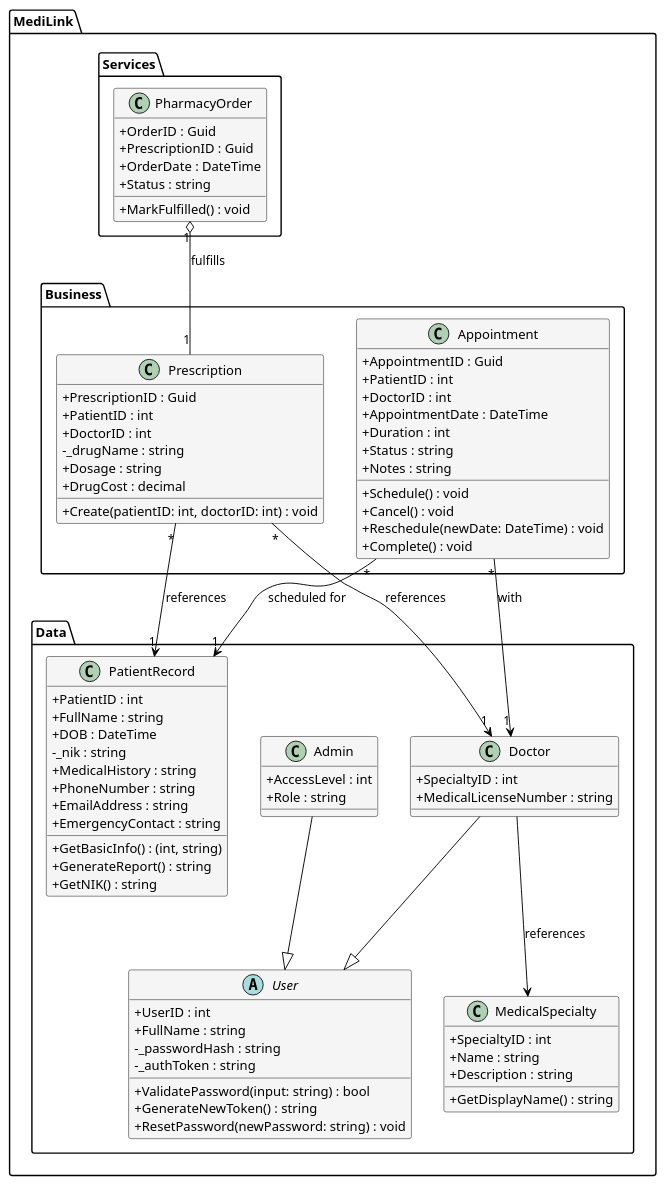
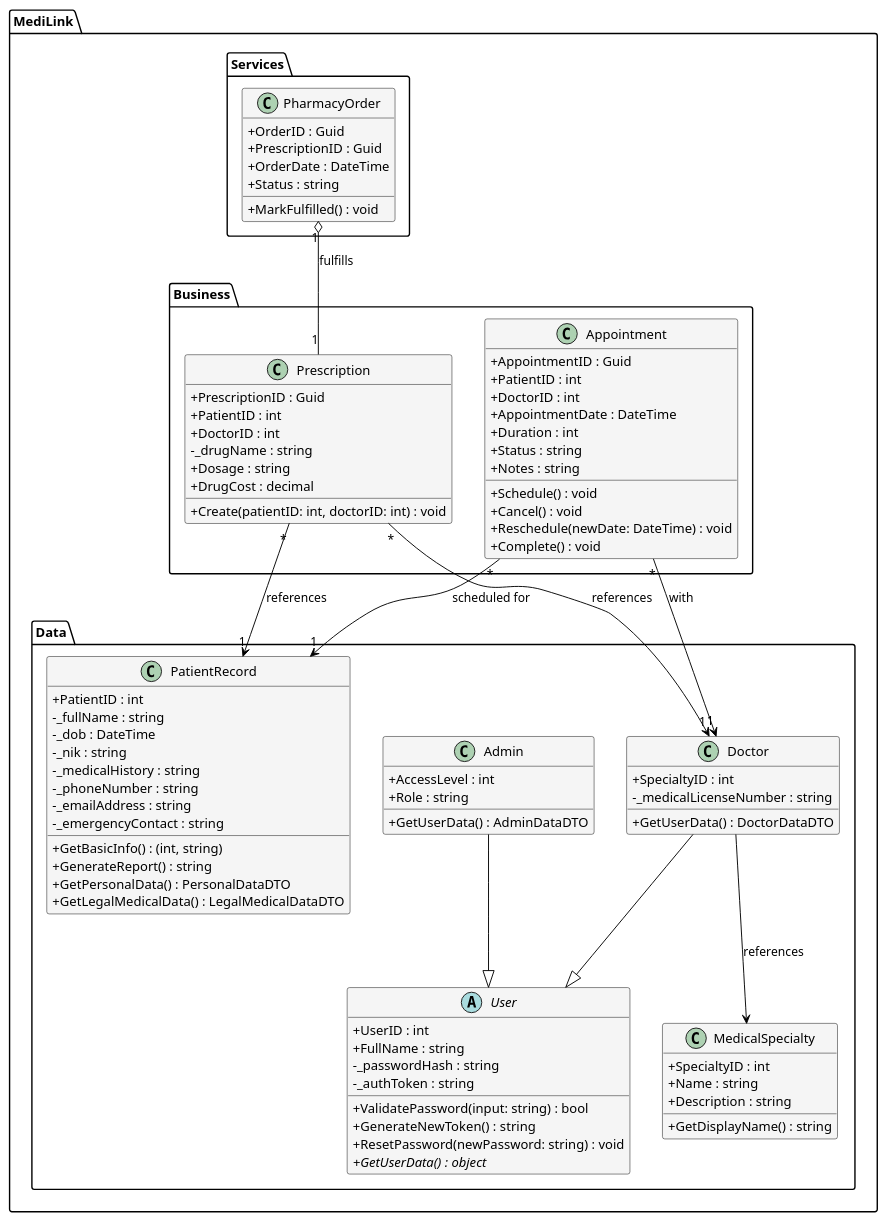
Before and after one commit to sallliisa/oo-poor-security-metrics-demo: the diagram in MediLink/medilink-class-diagram-refactored.puml, drawn with PlantUML. The commit also changed 1 other file, not shown here.

```diff
--- a/MediLink/medilink-class-diagram-refactored.puml
+++ b/MediLink/medilink-class-diagram-refactored.puml
@@ -1,108 +1,112 @@
 @startuml MediLink Class Diagram - Refactored
 
 ' Title and Styling
 skinparam classAttributeIconSize 0
 skinparam class {
     BackgroundColor #F5F5F5
     BackgroundColor<<DTO>> #E3F2FD
     BorderColor Black
     ArrowColor Black
 }
 
 package "MediLink.Data" {
     class PatientRecord {
         + PatientID : int
-        + FullName : string
-        + DOB : DateTime
+        - _fullName : string
+        - _dob : DateTime
         - _nik : string
-        + MedicalHistory : string
-        + PhoneNumber : string
-        + EmailAddress : string
-        + EmergencyContact : string
+        - _medicalHistory : string
+        - _phoneNumber : string
+        - _emailAddress : string
+        - _emergencyContact : string
         
         + GetBasicInfo() : (int, string)
         + GenerateReport() : string
-        + GetNIK() : string
+        + GetPersonalData() : PersonalDataDTO
+        + GetLegalMedicalData() : LegalMedicalDataDTO
     }
     
     abstract class User {
         + UserID : int
         + FullName : string
         - _passwordHash : string
         - _authToken : string
         
         + ValidatePassword(input: string) : bool
         + GenerateNewToken() : string
         + ResetPassword(newPassword: string) : void
+        + {abstract} GetUserData() : object
     }
 
     class Doctor {
         + SpecialtyID : int
-        + MedicalLicenseNumber : string
+        - _medicalLicenseNumber : string
+        + GetUserData() : DoctorDataDTO
     }
 
     class Admin {
         + AccessLevel : int
         + Role : string
+        + GetUserData() : AdminDataDTO
     }
 
     class MedicalSpecialty {
         + SpecialtyID : int
         + Name : string
         + Description : string
         + GetDisplayName() : string
     }
 }
 
 package "MediLink.Business" {
     class Prescription {
         + PrescriptionID : Guid
         + PatientID : int
         + DoctorID : int
         - _drugName : string
         + Dosage : string
         + DrugCost : decimal
         
         + Create(patientID: int, doctorID: int) : void
     }
 
     class Appointment {
         + AppointmentID : Guid
         + PatientID : int
         + DoctorID : int
         + AppointmentDate : DateTime
         + Duration : int
         + Status : string
         + Notes : string
         + Schedule() : void
         + Cancel() : void
         + Reschedule(newDate: DateTime) : void
         + Complete() : void
     }
 }
 
 package "MediLink.Services" {
     class PharmacyOrder {
         + OrderID : Guid
         + PrescriptionID : Guid
         + OrderDate : DateTime
         + Status : string
         
         + MarkFulfilled() : void
     }
 }
 
 Doctor --|> User
 Admin --|> User
 Doctor --> MedicalSpecialty : references
 
 ' Relationships
 Prescription "*" --> "1" PatientRecord : references
 Prescription "*" --> "1" Doctor : references
 
 PharmacyOrder "1" o-- "1" Prescription : fulfills
 
 Appointment "*" --> "1" PatientRecord : scheduled for
 Appointment "*" --> "1" Doctor : with
 
 @enduml
```
